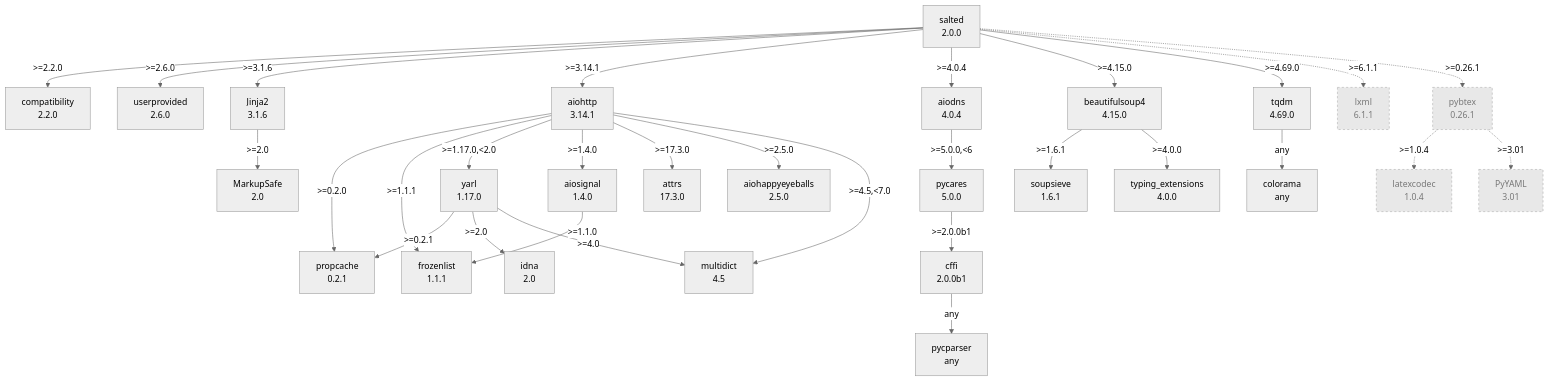
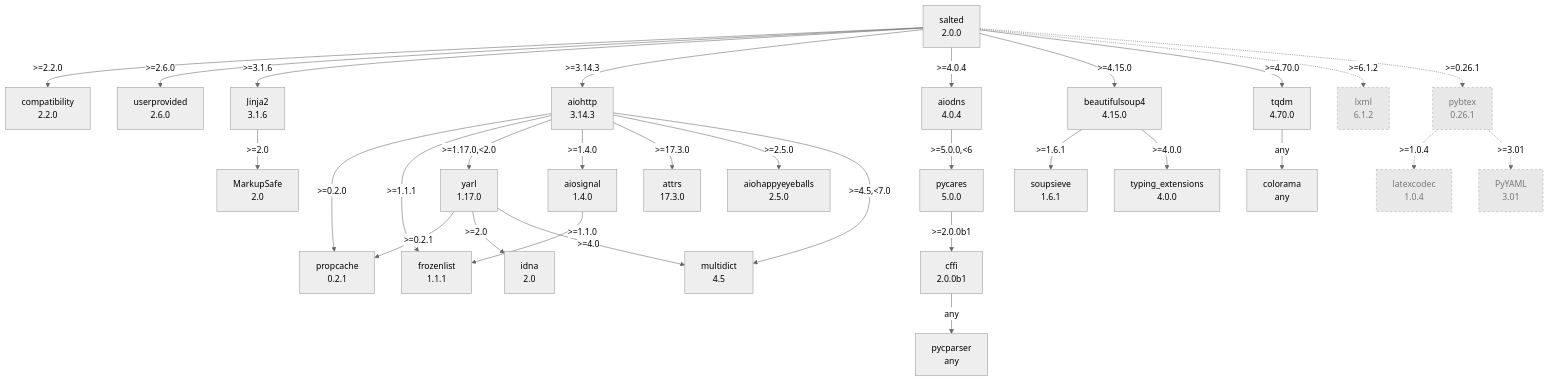
One commit to RuedigerVoigt/salted changed the diagram in documentation/dependency-graph.md. Above: the diagram before and after it, drawn with Mermaid (neutral theme). The commit also changed 3 other files, not shown here.

````diff
--- a/documentation/dependency-graph.md
+++ b/documentation/dependency-graph.md
@@ -8,61 +8,61 @@
 ```mermaid
 flowchart TD
     classDef missing stroke-dasharray: 5
     classDef optional fill:#e8e8e8,stroke:#aaaaaa,color:#777777,stroke-dasharray:4
     aiodns["aiodns<br/>4.0.4"]
     aiohappyeyeballs["aiohappyeyeballs<br/>2.5.0"]
-    aiohttp["aiohttp<br/>3.14.1"]
+    aiohttp["aiohttp<br/>3.14.3"]
     aiosignal["aiosignal<br/>1.4.0"]
     attrs["attrs<br/>17.3.0"]
     beautifulsoup4["beautifulsoup4<br/>4.15.0"]
     cffi["cffi<br/>2.0.0b1"]
     colorama["colorama<br/>any"]
     compatibility["compatibility<br/>2.2.0"]
     frozenlist["frozenlist<br/>1.1.1"]
     idna["idna<br/>2.0"]
     jinja2["Jinja2<br/>3.1.6"]
     latexcodec["latexcodec<br/>1.0.4"]:::optional
     markupsafe["MarkupSafe<br/>2.0"]
     multidict["multidict<br/>4.5"]
     propcache["propcache<br/>0.2.1"]
     pybtex["pybtex<br/>0.26.1"]:::optional
     pycares["pycares<br/>5.0.0"]
     pycparser["pycparser<br/>any"]
     pyyaml["PyYAML<br/>3.01"]:::optional
     salted["salted<br/>2.0.0"]
     soupsieve["soupsieve<br/>1.6.1"]
-    tqdm["tqdm<br/>4.69.0"]
+    tqdm["tqdm<br/>4.70.0"]
     typing-extensions["typing_extensions<br/>4.0.0"]
     userprovided["userprovided<br/>2.6.0"]
     yarl["yarl<br/>1.17.0"]
-    lxml["lxml<br/>6.1.1"]:::optional
+    lxml["lxml<br/>6.1.2"]:::optional
     aiodns -- ">=5.0.0,<6" --> pycares
     aiohttp -- ">=0.2.0" --> propcache
     aiohttp -- ">=1.1.1" --> frozenlist
     aiohttp -- ">=1.17.0,<2.0" --> yarl
     aiohttp -- ">=1.4.0" --> aiosignal
     aiohttp -- ">=17.3.0" --> attrs
     aiohttp -- ">=2.5.0" --> aiohappyeyeballs
     aiohttp -- ">=4.5,<7.0" --> multidict
     aiosignal -- ">=1.1.0" --> frozenlist
     beautifulsoup4 -- ">=1.6.1" --> soupsieve
     beautifulsoup4 -- ">=4.0.0" --> typing-extensions
     cffi -- "any" --> pycparser
     jinja2 -- ">=2.0" --> markupsafe
     pybtex -. ">=1.0.4" .-> latexcodec
     pybtex -. ">=3.01" .-> pyyaml
     pycares -- ">=2.0.0b1" --> cffi
     salted -- ">=2.2.0" --> compatibility
     salted -- ">=2.6.0" --> userprovided
     salted -- ">=3.1.6" --> jinja2
-    salted -- ">=3.14.1" --> aiohttp
+    salted -- ">=3.14.3" --> aiohttp
     salted -- ">=4.0.4" --> aiodns
     salted -- ">=4.15.0" --> beautifulsoup4
-    salted -- ">=4.69.0" --> tqdm
+    salted -- ">=4.70.0" --> tqdm
     tqdm -- "any" --> colorama
     yarl -- ">=0.2.1" --> propcache
     yarl -- ">=2.0" --> idna
     yarl -- ">=4.0" --> multidict
-    salted -. ">=6.1.1" .-> lxml
+    salted -. ">=6.1.2" .-> lxml
     salted -. ">=0.26.1" .-> pybtex
 ```
````
